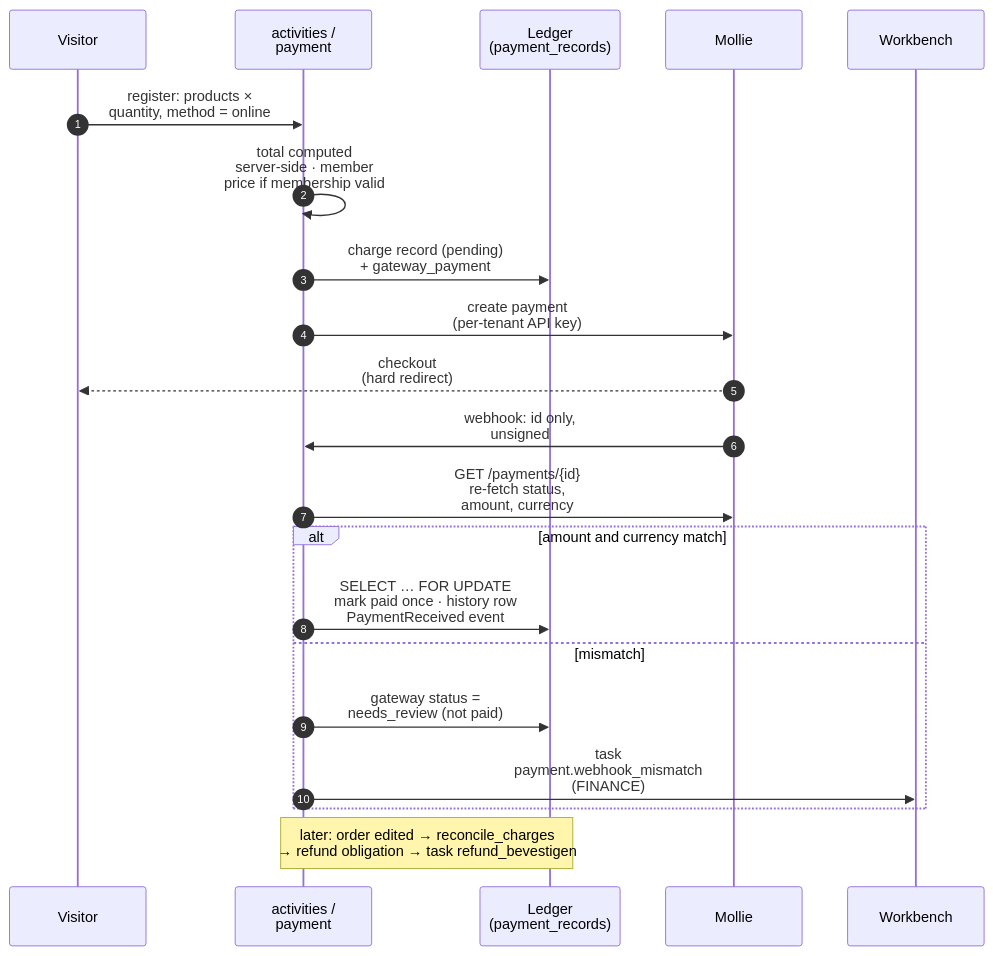
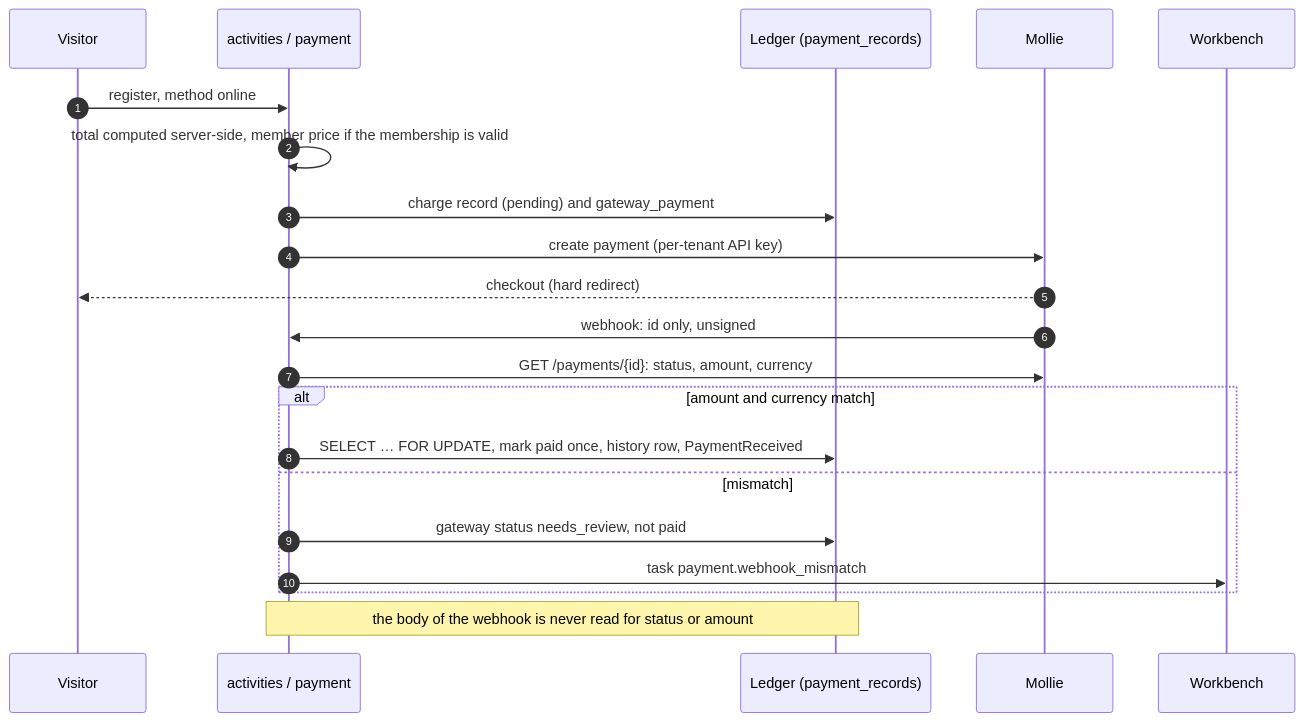
Diagram 17 of 28 in docs/architecture.md (KoenRenders/KoenTest), drawn with Mermaid before and after one commit. The commit also changed other lines of this file and 71 other files, not shown here.

First line of the commit message:
docs: the restructured architecture document replaces docs/architecture.md

````diff
--- a/docs/architecture.md
+++ b/docs/architecture.md
@@ -398,23 +820,23 @@
 ```mermaid
 sequenceDiagram
   autonumber
   participant V as Visitor
-  participant A as activities /<br/>payment
-  participant L as Ledger<br/>(payment_records)
+  participant A as activities / payment
+  participant L as Ledger (payment_records)
   participant MO as Mollie
   participant W as Workbench
-  V->>A: register: products ×<br/>quantity, method = online
-  A->>A: total computed<br/>server-side · member<br/>price if membership valid
-  A->>L: charge record (pending)<br/>+ gateway_payment
-  A->>MO: create payment<br/>(per-tenant API key)
-  MO-->>V: checkout<br/>(hard redirect)
-  MO->>A: webhook: id only,<br/>unsigned
-  A->>MO: GET /payments/{id}<br/>re-fetch status,<br/>amount, currency
+  V->>A: register, method online
+  A->>A: total computed server-side, member price if the membership is valid
+  A->>L: charge record (pending) and gateway_payment
+  A->>MO: create payment (per-tenant API key)
+  MO-->>V: checkout (hard redirect)
+  MO->>A: webhook: id only, unsigned
+  A->>MO: GET /payments/{id}: status, amount, currency
   alt amount and currency match
-    A->>L: SELECT … FOR UPDATE<br/>mark paid once · history row<br/>PaymentReceived event
+    A->>L: SELECT … FOR UPDATE, mark paid once, history row, PaymentReceived
   else mismatch
-    A->>L: gateway status =<br/>needs_review (not paid)
-    A->>W: task<br/>payment.webhook_mismatch<br/>(FINANCE)
+    A->>L: gateway status needs_review, not paid
+    A->>W: task payment.webhook_mismatch
   end
-  Note over A,L: later: order edited → reconcile_charges<br/>→ refund obligation → task refund_bevestigen
+  Note over A,L: the body of the webhook is never read for status or amount
 ```
````
